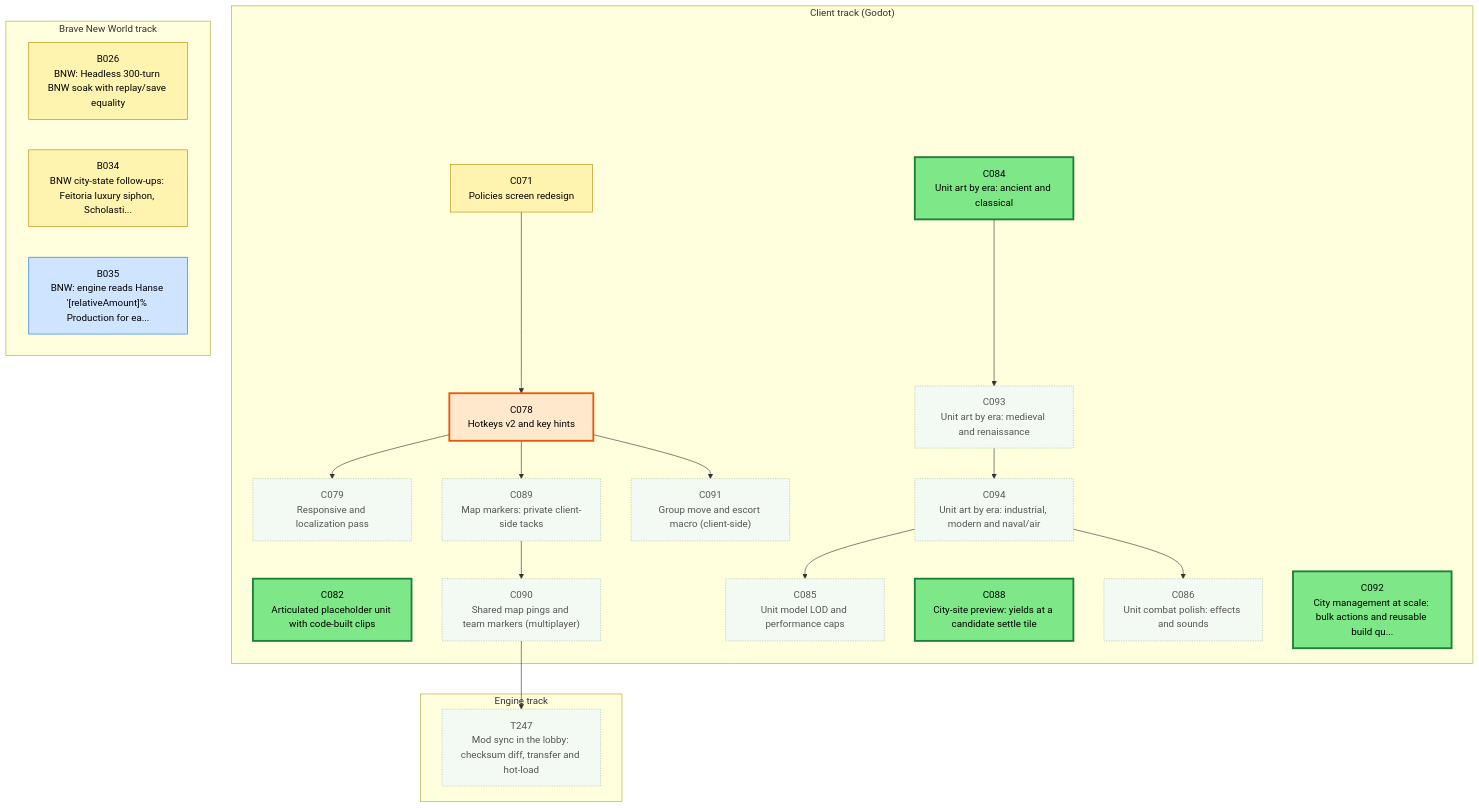
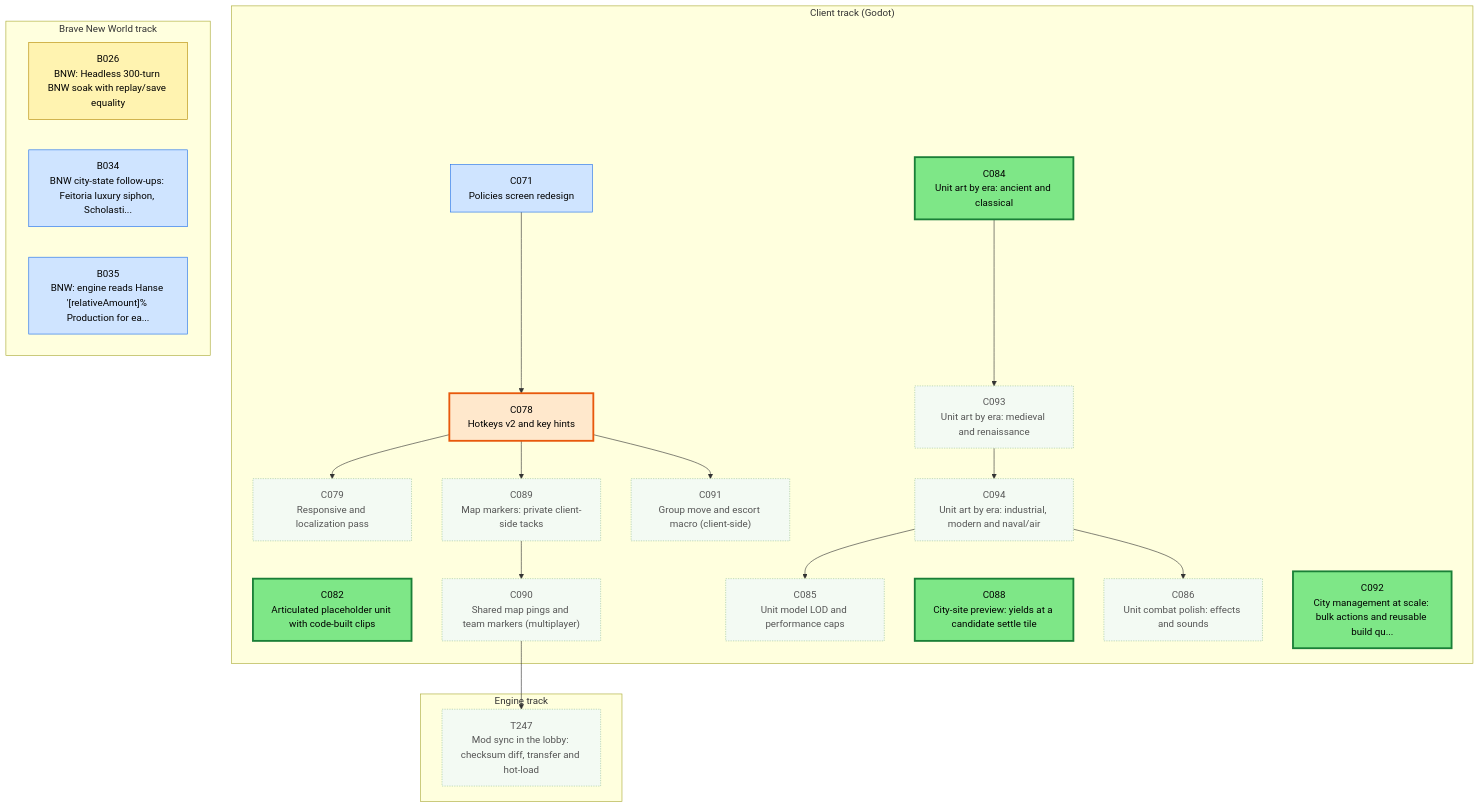
The first of 3 diagrams in csharp/migration/DEPENDENCY_MAP.md (Kenmura/Unciv), drawn with Mermaid before and after one commit. The commit also changed other lines of this file and 12 other files, not shown here.

````diff
--- a/csharp/migration/DEPENDENCY_MAP.md
+++ b/csharp/migration/DEPENDENCY_MAP.md
@@ -25,62 +25,62 @@
 ```mermaid
 flowchart TD
   subgraph TTRACK["Engine track"]
     T247["T247<br/>Mod sync in the lobby: checksum diff, transfer and hot-load"]
   end
   subgraph CTRACK["Client track (Godot)"]
     C071["C071<br/>Policies screen redesign"]
     C078["C078<br/>Hotkeys v2 and key hints"]
     C079["C079<br/>Responsive and localization pass"]
     C082["C082<br/>Articulated placeholder unit with code-built clips"]
     C084["C084<br/>Unit art by era: ancient and classical"]
     C085["C085<br/>Unit model LOD and performance caps"]
     C086["C086<br/>Unit combat polish: effects and sounds"]
     C088["C088<br/>City-site preview: yields at a candidate settle tile"]
     C089["C089<br/>Map markers: private client-side tacks"]
     C090["C090<br/>Shared map pings and team markers (multiplayer)"]
     C091["C091<br/>Group move and escort macro (client-side)"]
     C092["C092<br/>City management at scale: bulk actions and reusable build qu..."]
     C093["C093<br/>Unit art by era: medieval and renaissance"]
     C094["C094<br/>Unit art by era: industrial, modern and naval/air"]
   end
   subgraph BTRACK["Brave New World track"]
     B026["B026<br/>BNW: Headless 300-turn BNW soak with replay/save equality"]
     B034["B034<br/>BNW city-state follow-ups: Feitoria luxury siphon, Scholasti..."]
     B035["B035<br/>BNW: engine reads Hanse '[relativeAmount]% Production for ea..."]
   end
   C090 --> T247
   C071 --> C078
   C078 --> C079
   C094 --> C085
   C094 --> C086
   C078 --> C089
   C089 --> C090
   C078 --> C091
   C084 --> C093
   C093 --> C094
   classDef waiting fill:#f3faf3,stroke:#9bc49b,color:#555,stroke-dasharray:2 2
   classDef ondeck fill:#ffe8cc,stroke:#e8590c,stroke-width:3px,color:#000
   classDef ready fill:#7ee787,stroke:#1a7f37,stroke-width:3px,color:#000
   classDef prog fill:#fff3b0,stroke:#b58900,color:#000
   classDef review fill:#cfe4ff,stroke:#1f6feb,color:#000
   classDef blocked fill:#ffd6d6,stroke:#c62828,color:#000
   classDef done fill:#eeeeee,stroke:#999999,color:#666,stroke-dasharray:4 3
   class B026 prog
-  class B034 prog
+  class B034 review
   class B035 review
-  class C071 prog
+  class C071 review
   class C078 ondeck
   class C079 waiting
   class C082 ready
   class C084 ready
   class C085 waiting
   class C086 waiting
   class C088 ready
   class C089 waiting
   class C090 waiting
   class C091 waiting
   class C092 ready
   class C093 waiting
   class C094 waiting
   class T247 waiting
 ```
````
